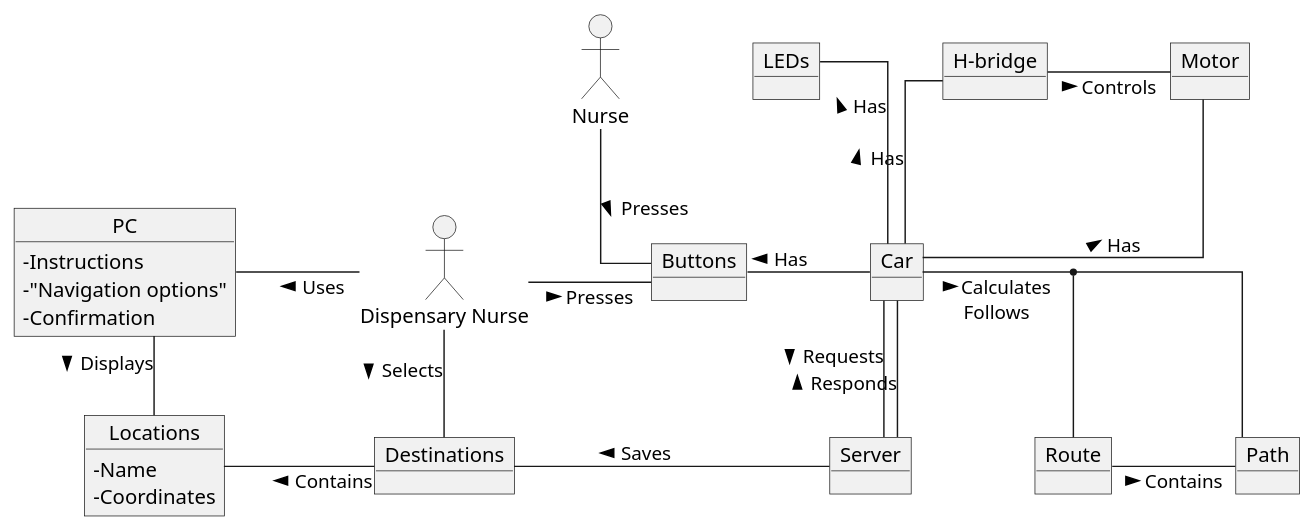
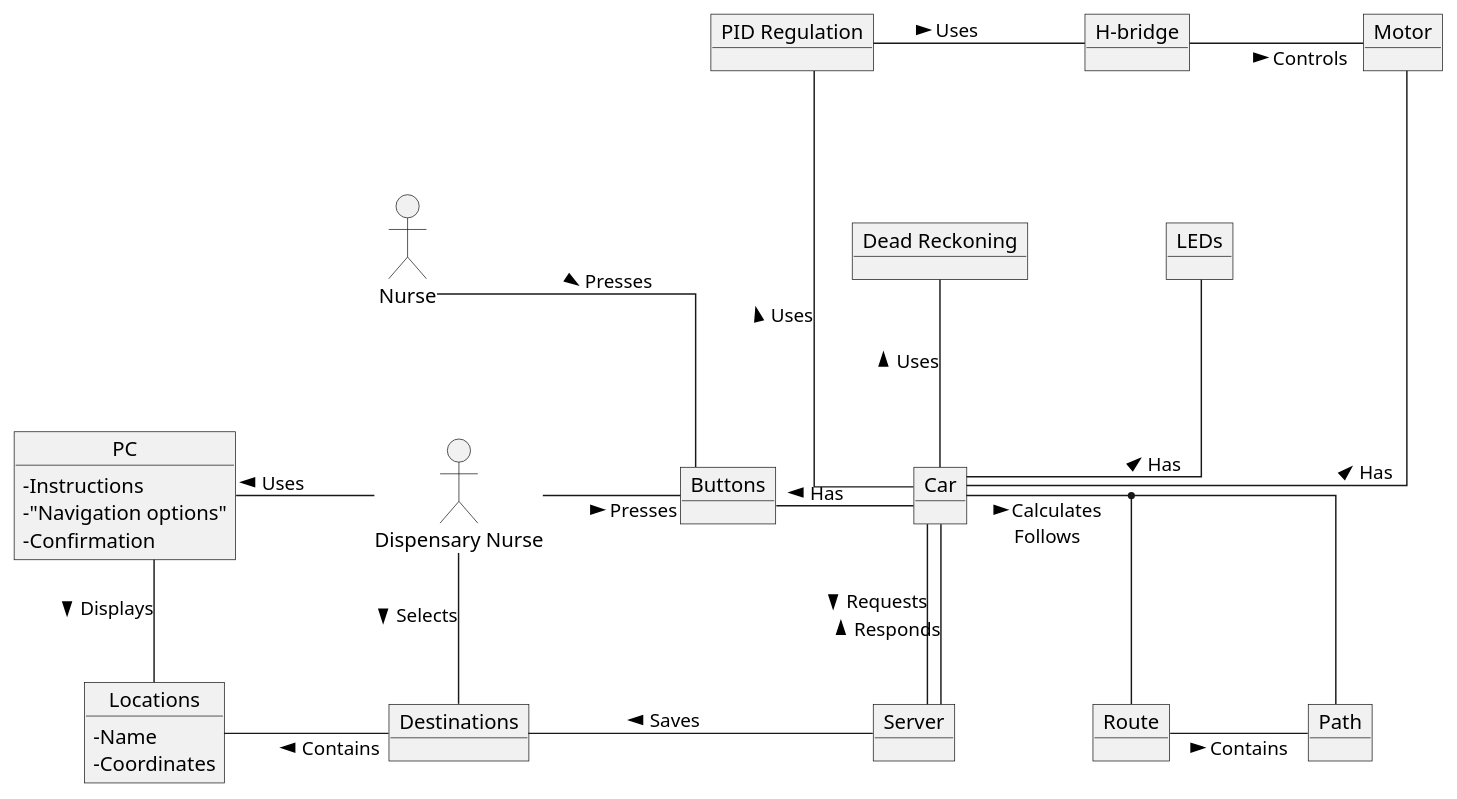
The diagram in docs/diagrams/Plantuml/domain.puml (lineklemensen/PRJ3), drawn with PlantUML before and after one commit. The commit also changed 1 other file, not shown here.

```diff
--- a/docs/diagrams/Plantuml/domain.puml
+++ b/docs/diagrams/Plantuml/domain.puml
@@ -1,66 +1,69 @@
 @startuml
 
 allow_mixing
 
 skinparam {
     LineType ortho
-    NodeSep 85 
-    RankSep 55 
+    NodeSep 95 
+    RankSep 85 
     ClassAttributeIconSize 0
 }
 
 actor "Nurse" as n
 
 actor "Dispensary Nurse" as dn
 
 object PC {
     - Instructions
     - "Navigation options"
     - Confirmation
 }
 
 object "Buttons" as btn
 
 object "Motor" as m
 
 object "H-bridge" as hb
 
 object "Car" as c 
 
 object "Locations" as loc {
     - Name
     - Coordinates
 }
 
 object "Destinations" as des
 object "Path" as p
 object "Route" as r
 object "Server" as s
 object LEDs
+object "Dead Reckoning" as dr
+object "PID Regulation" as pid
 
 n -d- btn : > Presses
 dn -r- btn : > Presses
 
 c -l- btn : > Has
 
 dn -l- PC : > Uses
 PC -d- loc : > Displays
 dn -d- des : > Selects
 des -l- loc : > Contains
 s -l- des : > Saves
 
 c -d- s : > Requests
 s -u- c : > Responds
 
 c -r- p : > Calculates\nFollows
 (c, p) -d- r
 r -r- p : > Contains
 
-c -u- m : > Has
-c -u- hb : > Has
+c --u- m : > Has
+pid -r- hb : > Uses
 hb -r- m : > Controls
 c -u- LEDs : > Has
 
-
+c -u- dr : > Uses
+c -u- pid : > Uses
 
 @enduml
```
